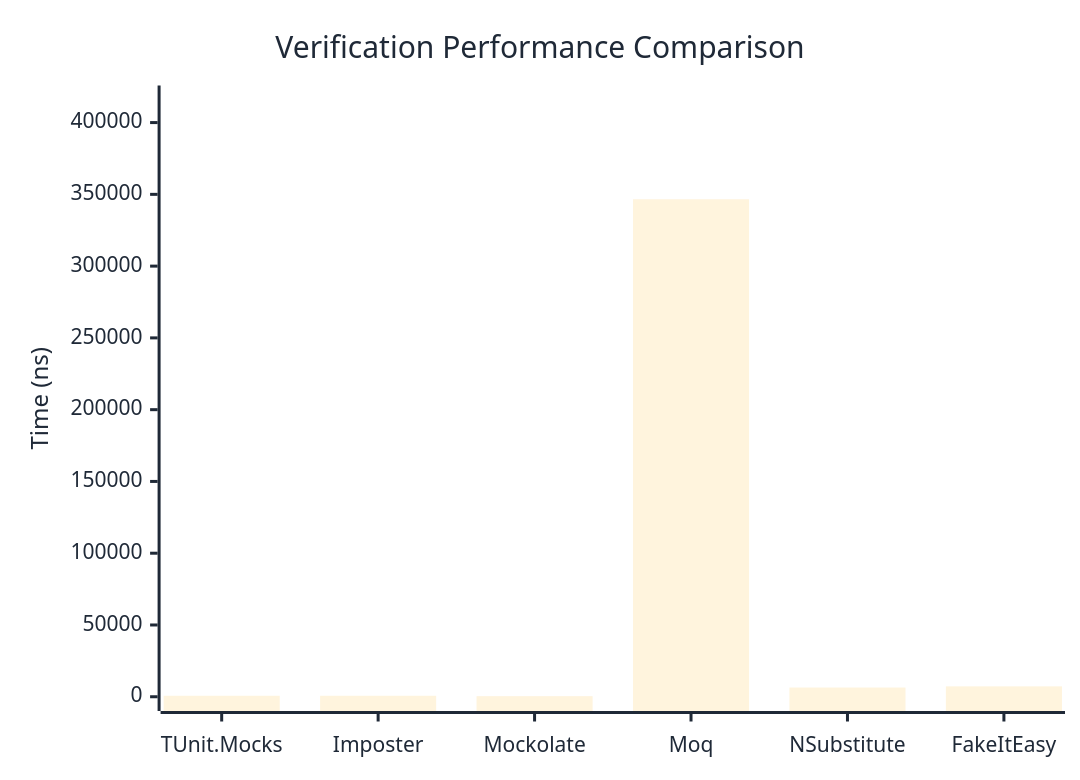
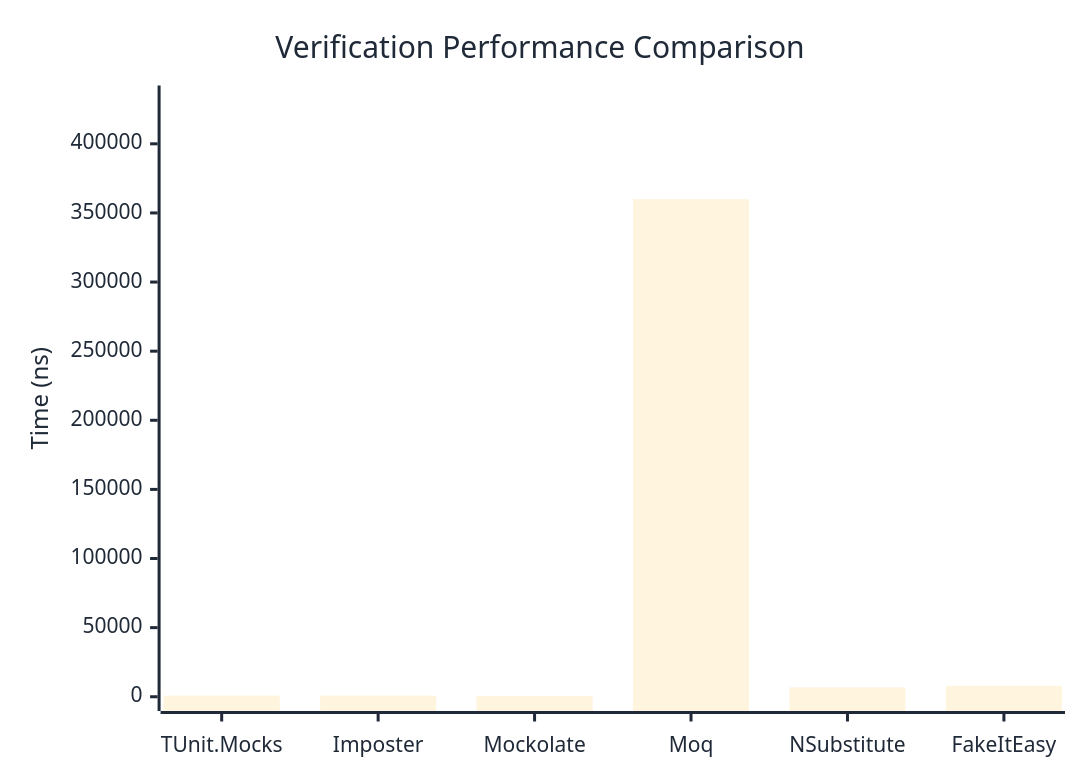
The first of 3 diagrams in docs/docs/benchmarks/mocks/Verification.md (thomhurst/TUnit), drawn with Mermaid before and after one commit. The commit also changed other lines of this file and 14 other files, not shown here.

````diff
--- a/docs/docs/benchmarks/mocks/Verification.md
+++ b/docs/docs/benchmarks/mocks/Verification.md
@@ -30,27 +30,27 @@
 ```mermaid
 %%{init: {
   'theme':'base',
   'themeVariables': {
     'primaryColor': '#2563eb',
     'primaryTextColor': '#1f2937',
     'primaryBorderColor': '#1e40af',
     'lineColor': '#6b7280',
     'secondaryColor': '#7c3aed',
     'tertiaryColor': '#dc2626',
     'background': '#ffffff',
     'pie1': '#2563eb',
     'pie2': '#7c3aed',
     'pie3': '#dc2626',
     'pie4': '#f59e0b',
     'pie5': '#10b981',
     'pie6': '#06b6d4',
     'pie7': '#ec4899',
     'pie8': '#6366f1'
   }
 }}%%
 xychart-beta
   title "Verification Performance Comparison"
   x-axis ["TUnit.Mocks", "Imposter", "Mockolate", "Moq", "NSubstitute", "FakeItEasy"]
-  y-axis "Time (ns)" 0 --> 415905
-  bar [684.49, 683.22, 409.52, 346587.04, 6414.24, 7244.33]
+  y-axis "Time (ns)" 0 --> 431882
+  bar [791.81, 822.29, 463.91, 359901.64, 6760.93, 7902.17]
 ```
````
